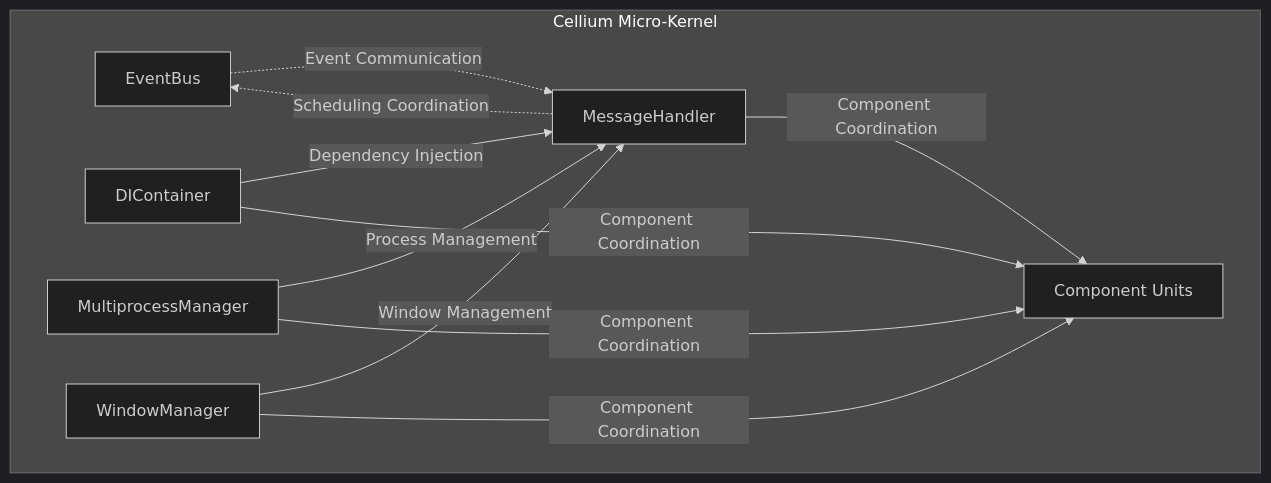
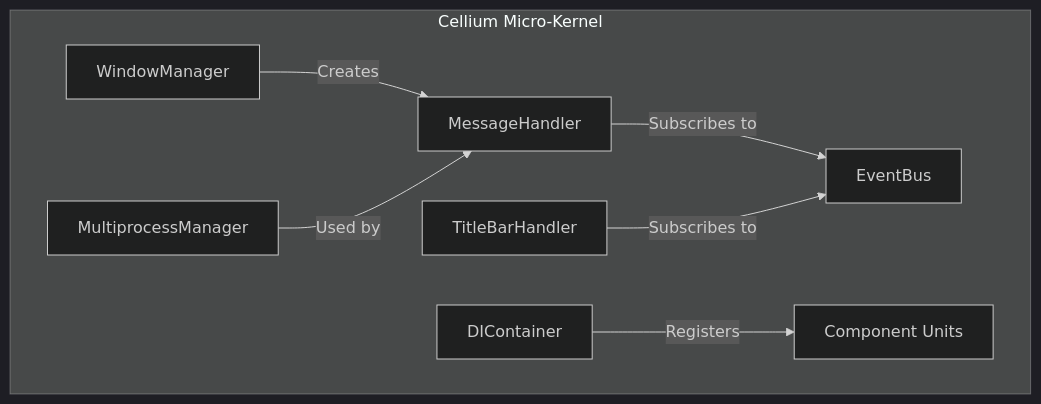
The fourth of 4 diagrams in README.en.md (Cellium-Project/Cellium), drawn with Mermaid (dark theme) before and after one commit. The commit also changed 2 other files, not shown here.

Commit message:
docs: 更新架构图和事件类型注释
- 在架构图中添加TitleBarHandler并调整组件关系
- 简化事件类型枚举的注释
- 同步更新英文版README

````diff
--- a/README.en.md
+++ b/README.en.md
@@ -386,20 +386,18 @@
 ```mermaid
 flowchart TB
     subgraph Kernel["Cellium Micro-Kernel"]
         EB["EventBus"]
         MH["MessageHandler"]
         DI["DIContainer"]
         MP["MultiprocessManager"]
         WM["WindowManager"]
+        TB["TitleBarHandler"]
         Components["Component Units"]
     end
 
-    MH -.->|"Scheduling Coordination"| EB
-    EB -.->|"Event Communication"| MH
-    
-    DI -->|"Dependency Injection"| MH
-    MP -->|"Process Management"| MH
-    WM -->|"Window Management"| MH
-    
-    MH & DI & MP & WM -->|"Component Coordination"| Components
+    WM -->|"Creates"| MH
+    MH -->|"Subscribes to"| EB
+    TB -->|"Subscribes to"| EB
+    MP -->|"Used by"| MH
+    DI -->|"Registers"| Components
 ```
````
